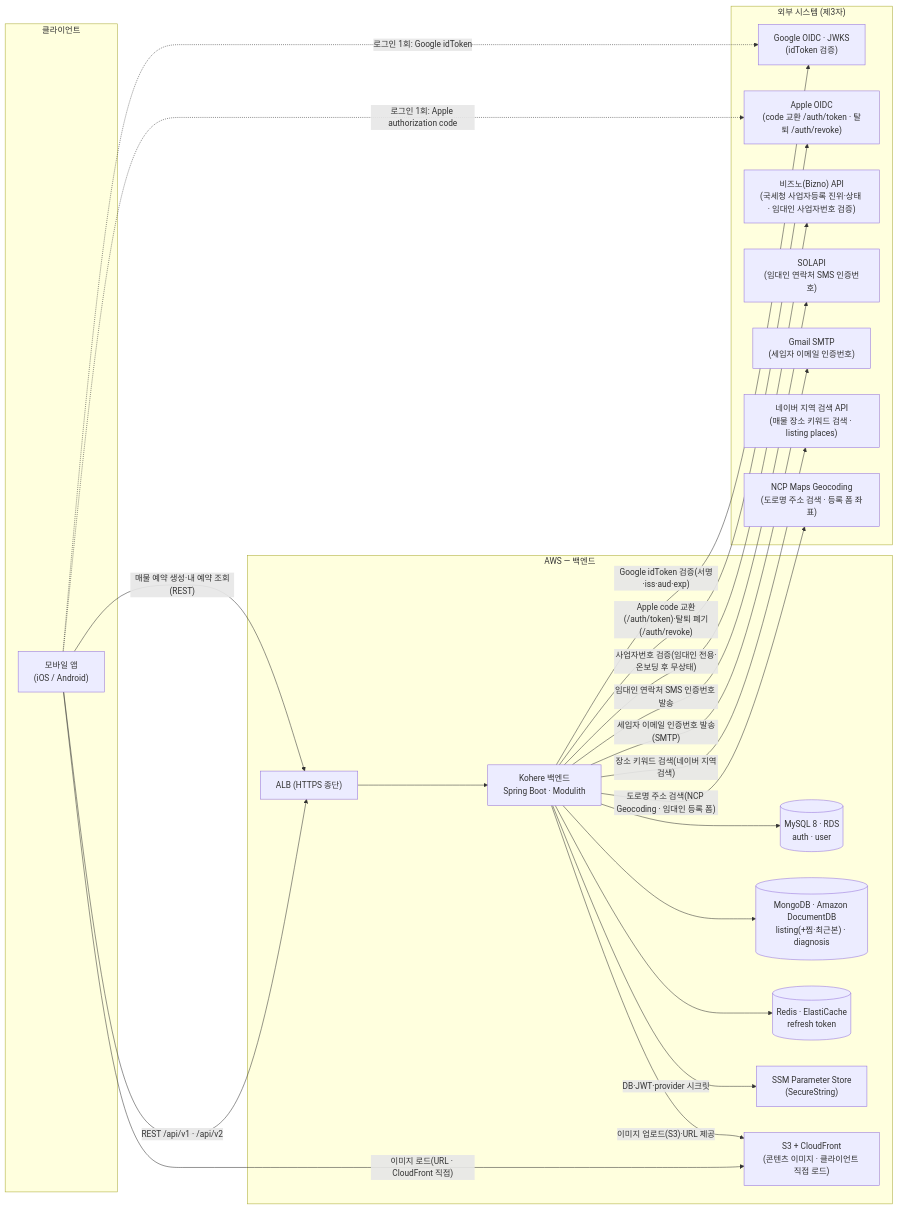
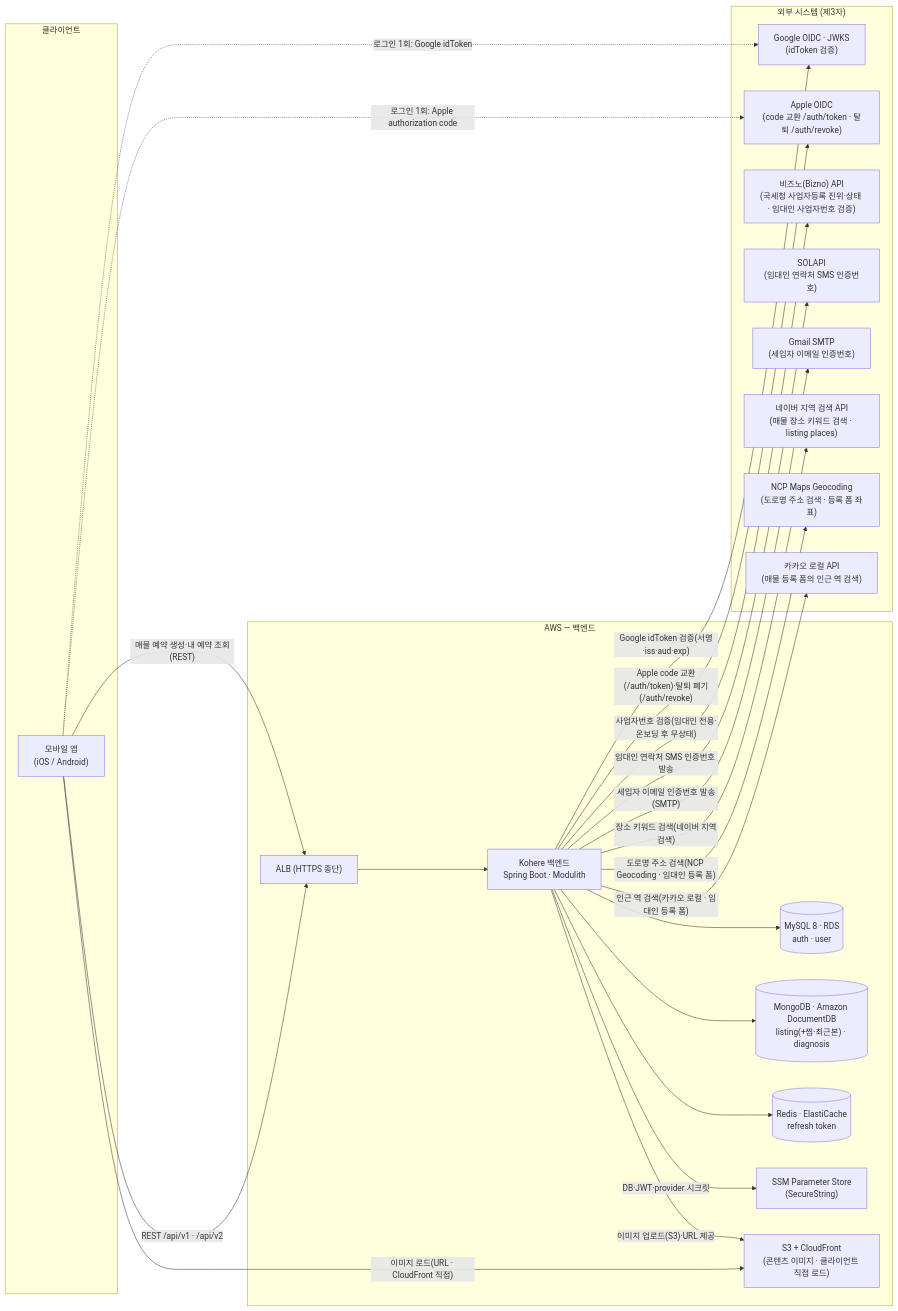
One commit to jameskim9509/Kohere-backend changed the first of 5 diagrams in docs/architecture/system-overview.md. Above: the diagram before and after it, drawn with Mermaid. The commit also changed other lines of this file and 79 other files, not shown here.

````diff
--- a/docs/architecture/system-overview.md
+++ b/docs/architecture/system-overview.md
@@ -30,45 +30,47 @@
 ```mermaid
 flowchart LR
     subgraph Client["클라이언트"]
       APP["모바일 앱<br/>(iOS / Android)"]
     end
 
     subgraph External["외부 시스템 (제3자)"]
       OIDC["Google OIDC · JWKS<br/>(idToken 검증)"]
       APPLE["Apple OIDC<br/>(code 교환 /auth/token · 탈퇴 /auth/revoke)"]
       BIZNO["비즈노(Bizno) API<br/>(국세청 사업자등록 진위·상태 · 임대인 사업자번호 검증)"]
       SOLAPI["SOLAPI<br/>(임대인 연락처 SMS 인증번호)"]
       MAIL["Gmail SMTP<br/>(세입자 이메일 인증번호)"]
       NAVER["네이버 지역 검색 API<br/>(매물 장소 키워드 검색 · listing places)"]
       NCPGEO["NCP Maps Geocoding<br/>(도로명 주소 검색 · 등록 폼 좌표)"]
+      KAKAOLOCAL["카카오 로컬 API<br/>(매물 등록 폼의 인근 역 검색)"]
     end
 
     subgraph Cloud["AWS — 백엔드"]
       ALB["ALB (HTTPS 종단)"]
       SRV["Kohere 백엔드<br/>Spring Boot · Modulith"]
       MYSQL[("MySQL 8 · RDS<br/>auth · user")]
       MONGO[("MongoDB · Amazon DocumentDB<br/>listing(+찜·최근본) · diagnosis")]
       REDIS[("Redis · ElastiCache<br/>refresh token")]
       SECRET["SSM Parameter Store<br/>(SecureString)"]
       CDN["S3 + CloudFront<br/>(콘텐츠 이미지 · 클라이언트 직접 로드)"]
     end
 
     APP -- "REST /api/v1 · /api/v2" --> ALB
     ALB --> SRV
     APP -. "로그인 1회: Google idToken" .-> OIDC
     APP -. "로그인 1회: Apple authorization code" .-> APPLE
     SRV -- "Google idToken 검증(서명·iss·aud·exp)" --> OIDC
     SRV -- "Apple code 교환(/auth/token)·탈퇴 폐기(/auth/revoke)" --> APPLE
     SRV -- "사업자번호 검증(임대인 전용·온보딩 후 무상태)" --> BIZNO
     SRV -- "임대인 연락처 SMS 인증번호 발송" --> SOLAPI
     SRV -- "세입자 이메일 인증번호 발송(SMTP)" --> MAIL
     SRV -- "장소 키워드 검색(네이버 지역검색)" --> NAVER
     SRV -- "도로명 주소 검색(NCP Geocoding · 임대인 등록 폼)" --> NCPGEO
+    SRV -- "인근 역 검색(카카오 로컬 · 임대인 등록 폼)" --> KAKAOLOCAL
     SRV --> MYSQL
     SRV --> MONGO
     SRV --> REDIS
     APP -- "매물 예약 생성·내 예약 조회(REST)" --> ALB
     APP -- "이미지 로드(URL · CloudFront 직접)" --> CDN
     SRV -- "이미지 업로드(S3)·URL 제공" --> CDN
     SRV -- "DB·JWT·provider 시크릿" --> SECRET
 ```
````
